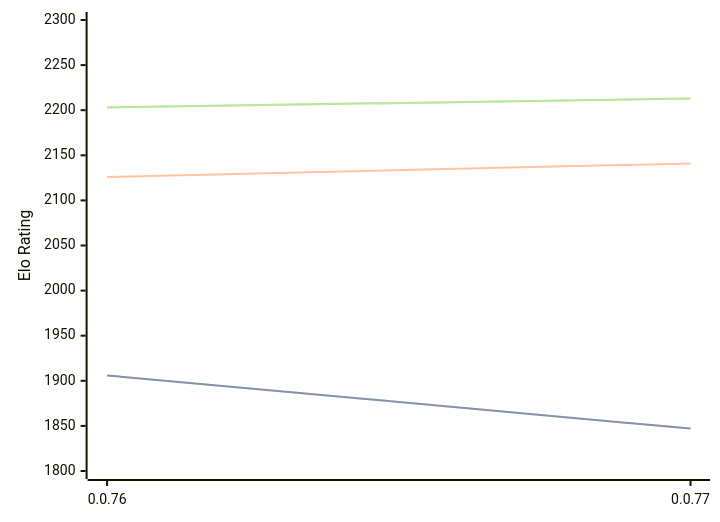
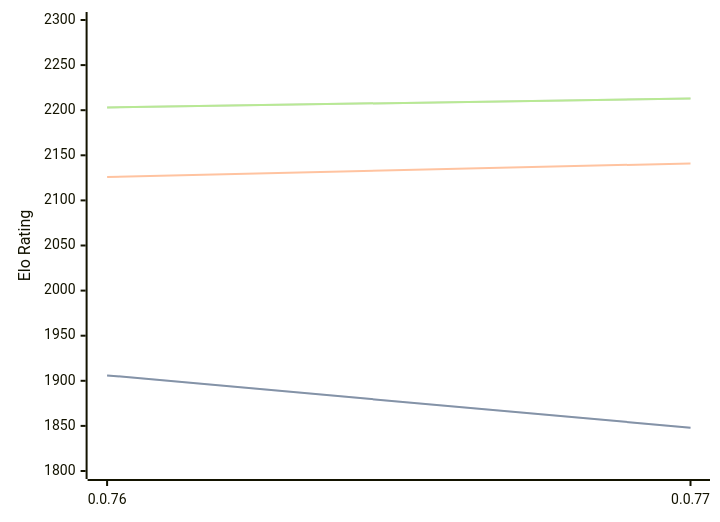
The third of 3 diagrams in engines/Fktb.md (computer-chess-index/cci), drawn with Mermaid before and after one commit. The commit also changed other lines of this file, not shown here.

````diff
--- a/engines/Fktb.md
+++ b/engines/Fktb.md
@@ -65,11 +65,11 @@
 ```mermaid
 %%{init: {"theme":"base","themeVariables":{"seriesColors:['#a3a3a3','#222221','#faa371']}}}%%
 xychart-beta
   x-axis ["0.0.76", "0.0.77"]
   y-axis "Elo Rating" 1800 --> 2300
-  line "STC (8.0+0.08s)" [1906, 1847]
-  line "STC (8.0+0.08s)" [1906, 1847]
+  line "STC (8.0+0.08s)" [1906, 1848]
+  line "STC (8.0+0.08s)" [1906, 1848]
   line "LTC (60.0+0.60s)" [2126, 2141]
   line "VLTC (2m24s+1.12s)" [2203, 2213]
   line "VLTC (2m24s+1.12s)" [2203, 2213]
 ```
````
